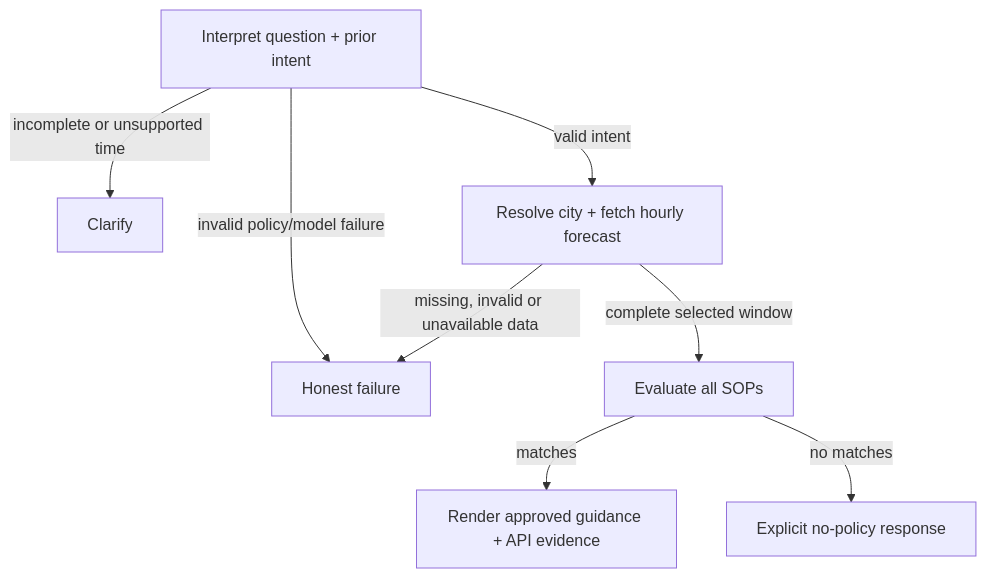
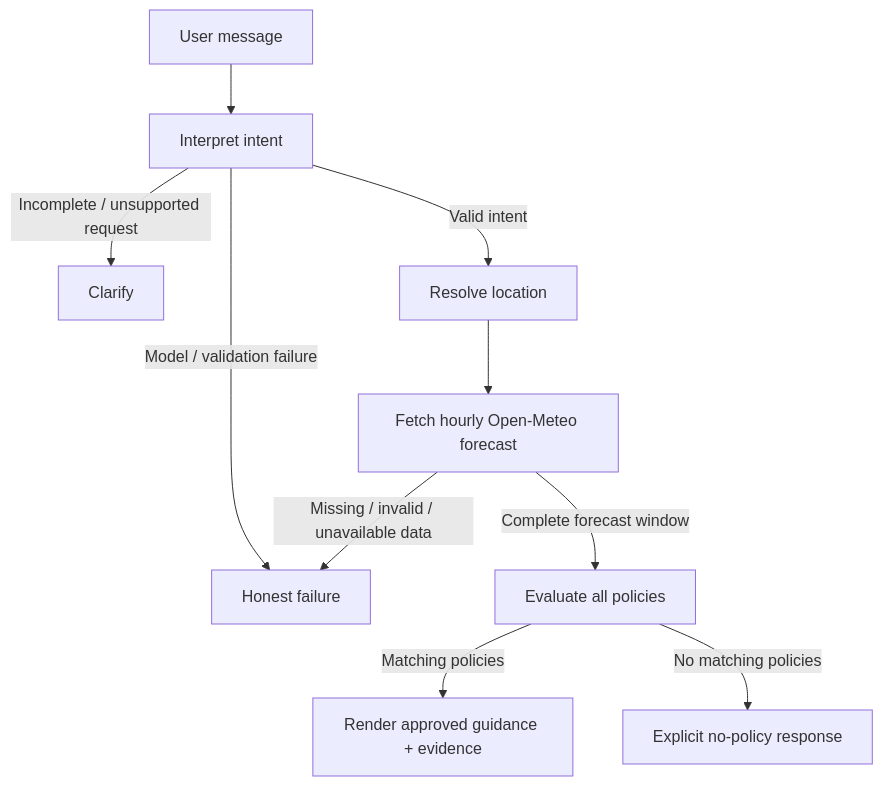
One commit to hnln9063/brainwave-weather-advisor changed the diagram in README.md. Above: the diagram before and after it, drawn with Mermaid. The commit also changed other lines of this file, not shown here.

````diff
--- a/README.md
+++ b/README.md
@@ -54,10 +47,16 @@
 ```mermaid
 flowchart TD
-    I[Interpret question + prior intent] -->|incomplete or unsupported time| C[Clarify]
-    I -->|valid intent| W[Resolve city + fetch hourly forecast]
-    I -->|invalid policy/model failure| F[Honest failure]
-    W -->|missing, invalid or unavailable data| F
-    W -->|complete selected window| M[Evaluate all SOPs]
-    M -->|matches| A[Render approved guidance + API evidence]
-    M -->|no matches| N[Explicit no-policy response]
+    U[User message] --> I[Interpret intent]
+
+    I -->|Incomplete / unsupported request| C[Clarify]
+    I -->|Model / validation failure| F[Honest failure]
+    I -->|Valid intent| G[Resolve location]
+
+    G --> W[Fetch hourly Open-Meteo forecast]
+
+    W -->|Missing / invalid / unavailable data| F
+    W -->|Complete forecast window| P[Evaluate all policies]
+
+    P -->|Matching policies| A[Render approved guidance + evidence]
+    P -->|No matching policies| N[Explicit no-policy response]
 ```
````
